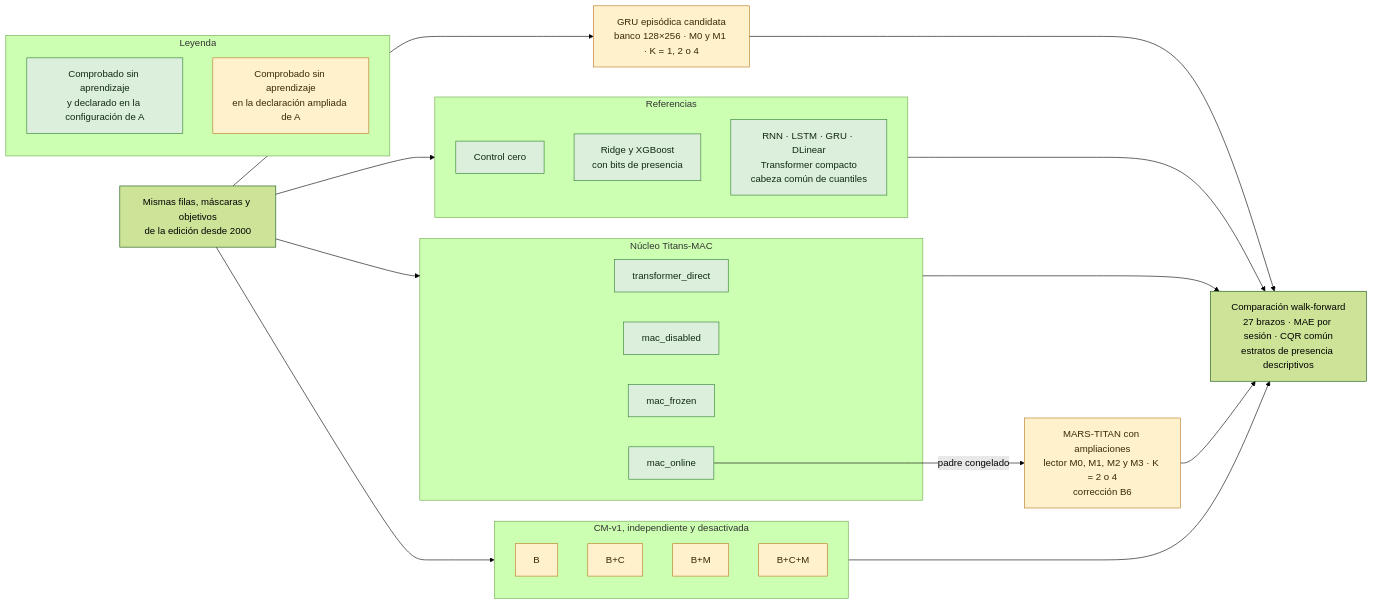
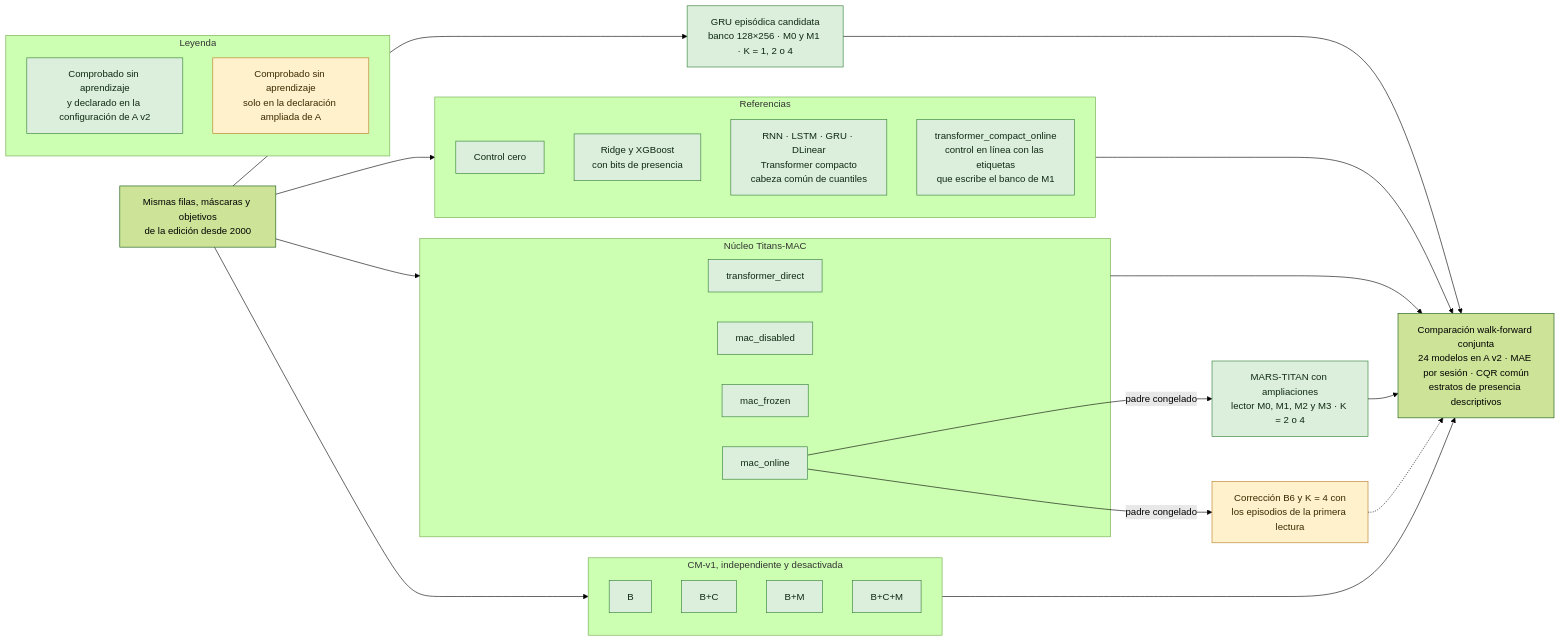
The second of 3 diagrams in README.md (GonxKZ/mars-titan), drawn with Mermaid (forest theme) before and after one commit. The commit also changed other lines of this file and 1 other file, not shown here.

````diff
--- a/README.md
+++ b/README.md
@@ -83,49 +85,53 @@
 ```mermaid
 flowchart LR
     D["Mismas filas, máscaras y objetivos<br/>de la edición desde 2000"]
 
     subgraph REF["Referencias"]
         Z["Control cero"]:::comprobado
         TAB["Ridge y XGBoost<br/>con bits de presencia"]:::comprobado
         NEU["RNN · LSTM · GRU · DLinear<br/>Transformer compacto<br/>cabeza común de cuantiles"]:::comprobado
+        ON["transformer_compact_online<br/>control en línea con las etiquetas<br/>que escribe el banco de M1"]:::comprobado
     end
 
-    G["GRU episódica candidata<br/>banco 128×256 · M0 y M1 · K = 1, 2 o 4"]:::parcial
+    G["GRU episódica candidata<br/>banco 128×256 · M0 y M1 · K = 1, 2 o 4"]:::comprobado
 
     subgraph TIT["Núcleo Titans-MAC"]
         T1["transformer_direct"]:::comprobado
         T2["mac_disabled"]:::comprobado
         T3["mac_frozen"]:::comprobado
         T4["mac_online"]:::comprobado
     end
 
-    M["MARS-TITAN con ampliaciones<br/>lector M0, M1, M2 y M3 · K = 2 o 4<br/>corrección B6"]:::parcial
+    M["MARS-TITAN con ampliaciones<br/>lector M0, M1, M2 y M3 · K = 2 o 4"]:::comprobado
+    B6["Corrección B6 y K = 4 con<br/>los episodios de la primera lectura"]:::parcial
 
     subgraph CM["CM-v1, independiente y desactivada"]
-        C1["B"]:::parcial
-        C2["B+C"]:::parcial
-        C3["B+M"]:::parcial
-        C4["B+C+M"]:::parcial
+        C1["B"]:::comprobado
+        C2["B+C"]:::comprobado
+        C3["B+M"]:::comprobado
+        C4["B+C+M"]:::comprobado
     end
 
-    EV["Comparación walk-forward<br/>27 brazos · MAE por sesión · CQR común<br/>estratos de presencia descriptivos"]
+    EV["Comparación walk-forward conjunta<br/>24 modelos en A v2 · MAE por sesión · CQR común<br/>estratos de presencia descriptivos"]
 
     D --> REF
     D --> G
     D --> TIT
     D --> CM
     T4 -- padre congelado --> M
+    T4 -- padre congelado --> B6
     REF --> EV
     G --> EV
     TIT --> EV
     M --> EV
+    B6 -.-> EV
     CM --> EV
 
     subgraph LEY["Leyenda"]
-        L1["Comprobado sin aprendizaje<br/>y declarado en la configuración de A"]:::comprobado
-        L2["Comprobado sin aprendizaje<br/>en la declaración ampliada de A"]:::parcial
+        L1["Comprobado sin aprendizaje<br/>y declarado en la configuración de A v2"]:::comprobado
+        L2["Comprobado sin aprendizaje<br/>solo en la declaración ampliada de A"]:::parcial
     end
 
     classDef comprobado fill:#dcefdc,stroke:#2e7d32,color:#102a12
     classDef parcial fill:#fff1cc,stroke:#b7791f,color:#3a2a00
 ```
````
